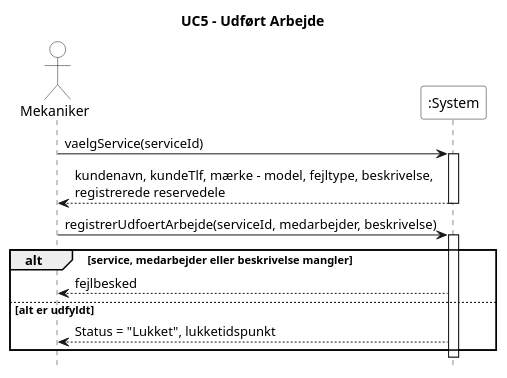
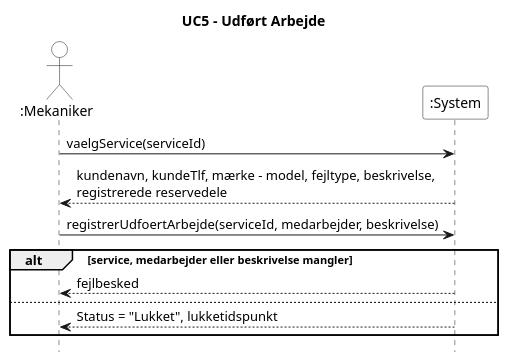
Before and after one commit to Zoabz/Getting-Real: the diagram in 4. System Sekvens Diagram/UC5_udfoert_arbejde.puml, drawn with PlantUML. The commit also changed 8 other files, not shown here.

```diff
--- a/4. System Sekvens Diagram/UC5_udfoert_arbejde.puml
+++ b/4. System Sekvens Diagram/UC5_udfoert_arbejde.puml
@@ -1,29 +1,29 @@
 @startuml
 title UC5 - Udført Arbejde
 hide footbox
 skinparam monochrome true
 skinparam shadowing false
 skinparam backgroundColor white
 skinparam actor {
   BackgroundColor white
 }
 skinparam participant {
   BackgroundColor white
 }
 
-actor Mekaniker
+actor ":Mekaniker"
 participant ":System" as System
 
-Mekaniker -> System : vaelgService(serviceId)
-activate System
-System --> Mekaniker : kundenavn, kundeTlf, mærke - model, fejltype, beskrivelse,\nregistrerede reservedele
-deactivate System
-Mekaniker -> System : registrerUdfoertArbejde(serviceId, medarbejder, beskrivelse)
-activate System
+":Mekaniker" -> System : vaelgService(serviceId)
+
+System --> ":Mekaniker" : kundenavn, kundeTlf, mærke - model, fejltype, beskrivelse,\nregistrerede reservedele
+
+":Mekaniker" -> System : registrerUdfoertArbejde(serviceId, medarbejder, beskrivelse)
+
 alt service, medarbejder eller beskrivelse mangler
-  System --> Mekaniker : fejlbesked
-else alt er udfyldt
-  System --> Mekaniker : Status = "Lukket", lukketidspunkt
+  System --> ":Mekaniker" : fejlbesked
+else
+  System --> ":Mekaniker" : Status = "Lukket", lukketidspunkt
 end
-deactivate System
+
 @enduml
```
